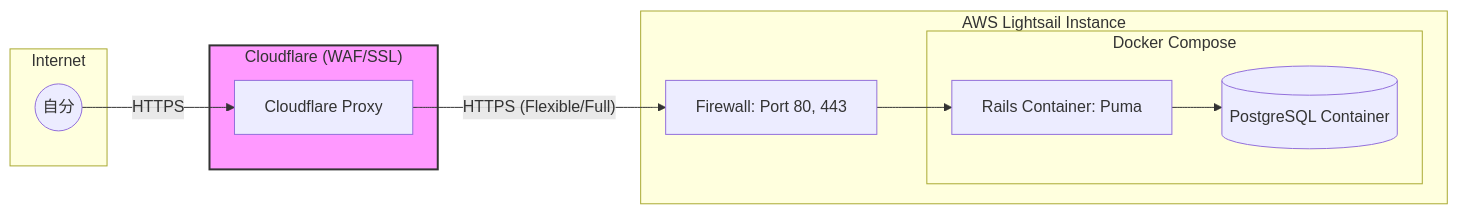
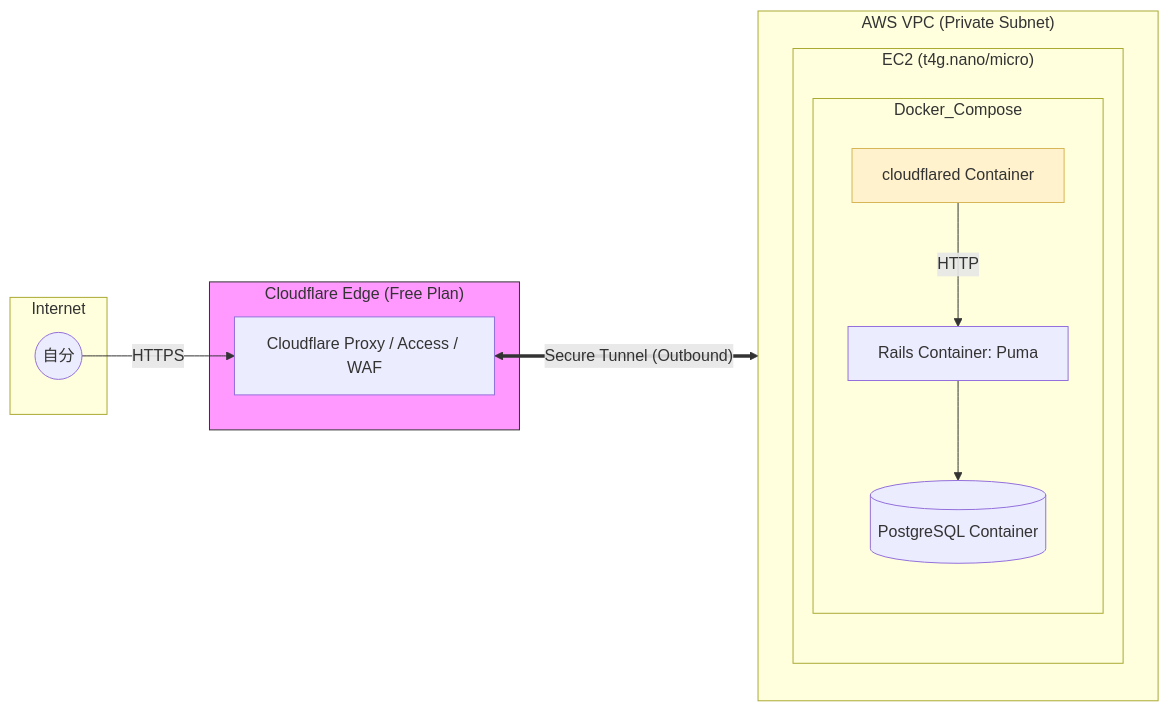
The diagram in docs/architecture/infrastructure.md (kurahashi-rx/kurahashi-task-v1), drawn with Mermaid before and after one commit. The commit also changed other lines of this file and 10 other files, not shown here.

Commit message:
環境変数テンプレートファイルを追加し、Docker Composeの設定を更新。開発用と本番用の構成を明確化し、Cloudflare Tunnelの設定を反映。

````diff
--- a/docs/architecture/infrastructure.md
+++ b/docs/architecture/infrastructure.md
@@ -14,27 +15,30 @@
 ```mermaid
 graph LR
-    subgraph Internet
-        User((自分))
-    end
+subgraph Internet
+User((自分))
+end
 
-    subgraph Edge_Service["Cloudflare (WAF/SSL)"]
-        CF[Cloudflare Proxy]
-    end
+subgraph Cloudflare_Edge["Cloudflare Edge (Free Plan)"]
+CF[Cloudflare Proxy / Access / WAF]
+end
 
-    subgraph AWS_Lightsail["AWS Lightsail Instance"]
-        FW[Firewall: Port 80, 443]
-        subgraph Docker_Compose["Docker Compose"]
-            App[Rails Container: Puma]
-            DB[(PostgreSQL Container)]
-        end
-    end
-    
-    User -- HTTPS --> CF
-    CF -- "HTTPS (Flexible/Full)" --> FW
-    FW --> App
-    App --> DB
+subgraph AWS_VPC["AWS VPC (Private Subnet)"]
+direction TB
+subgraph AWS_EC2["EC2 (t4g.nano/micro)"]
+direction TB
+subgraph Docker_Compose
+Tunnel[cloudflared Container]
+App[Rails Container: Puma]
+DB[(PostgreSQL Container)]
+end
+end
+end
 
-    %% ノートの代わりとしての注釈
-    style Edge_Service fill:#f9f,stroke:#333,stroke-width:2px
+User -- HTTPS --> CF
+CF <== Secure Tunnel (Outbound) ==> Tunnel
+Tunnel -- HTTP --> App
+App --> DB
 
+style Cloudflare_Edge fill:#f9f,stroke:#333
+style Tunnel fill:#fff2cc,stroke:#d6b656
 ```
````
